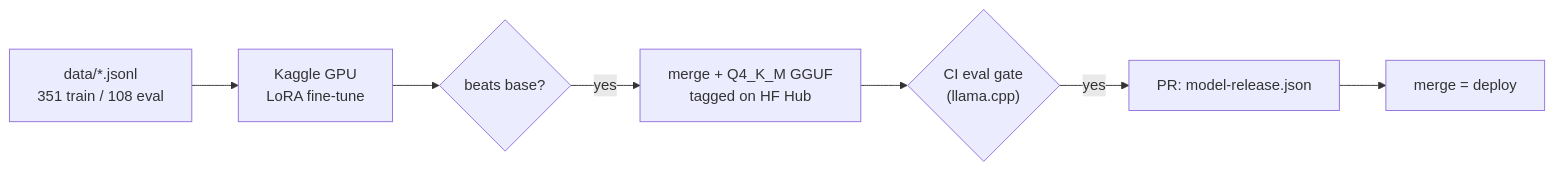
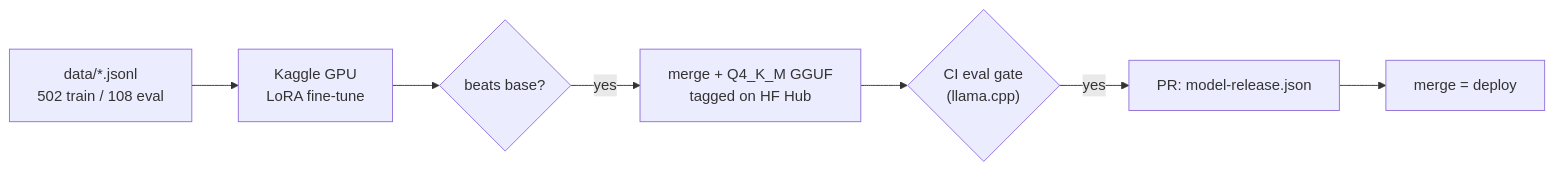
One commit to syed-waleed-ahmed/Niche-Finetuned-Model changed the third of 3 diagrams in README.md. Above: the diagram before and after it, drawn with Mermaid. The commit also changed other lines of this file and 23 other files, not shown here.

````diff
--- a/README.md
+++ b/README.md
@@ -235,9 +239,9 @@
 ```mermaid
 flowchart LR
-    Data["data/*.jsonl<br/>351 train / 108 eval"] --> Train["Kaggle GPU<br/>LoRA fine-tune"]
+    Data["data/*.jsonl<br/>502 train / 108 eval"] --> Train["Kaggle GPU<br/>LoRA fine-tune"]
     Train --> G1{"beats base?"}
     G1 -->|yes| GGUF["merge + Q4_K_M GGUF<br/>tagged on HF Hub"]
     GGUF --> G2{"CI eval gate<br/>(llama.cpp)"}
     G2 -->|yes| PR["PR: model-release.json"]
     PR --> Deploy["merge = deploy"]
 ```
````
